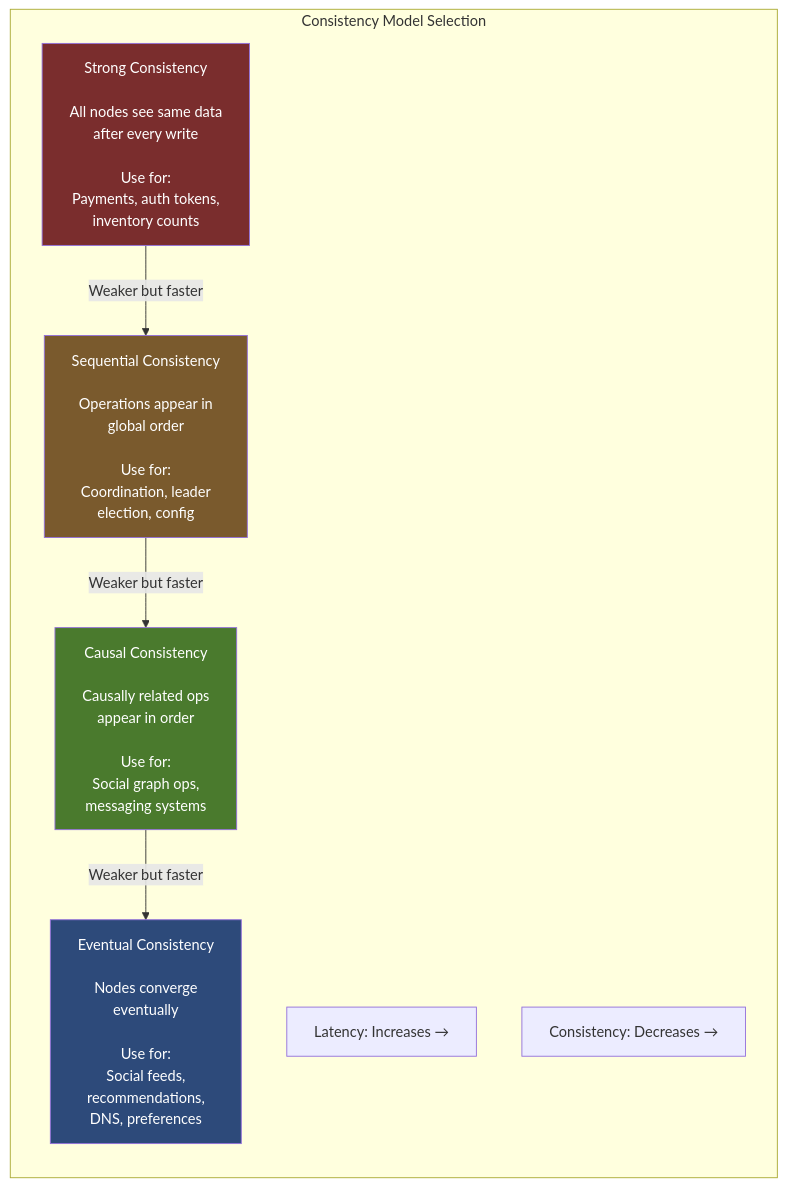
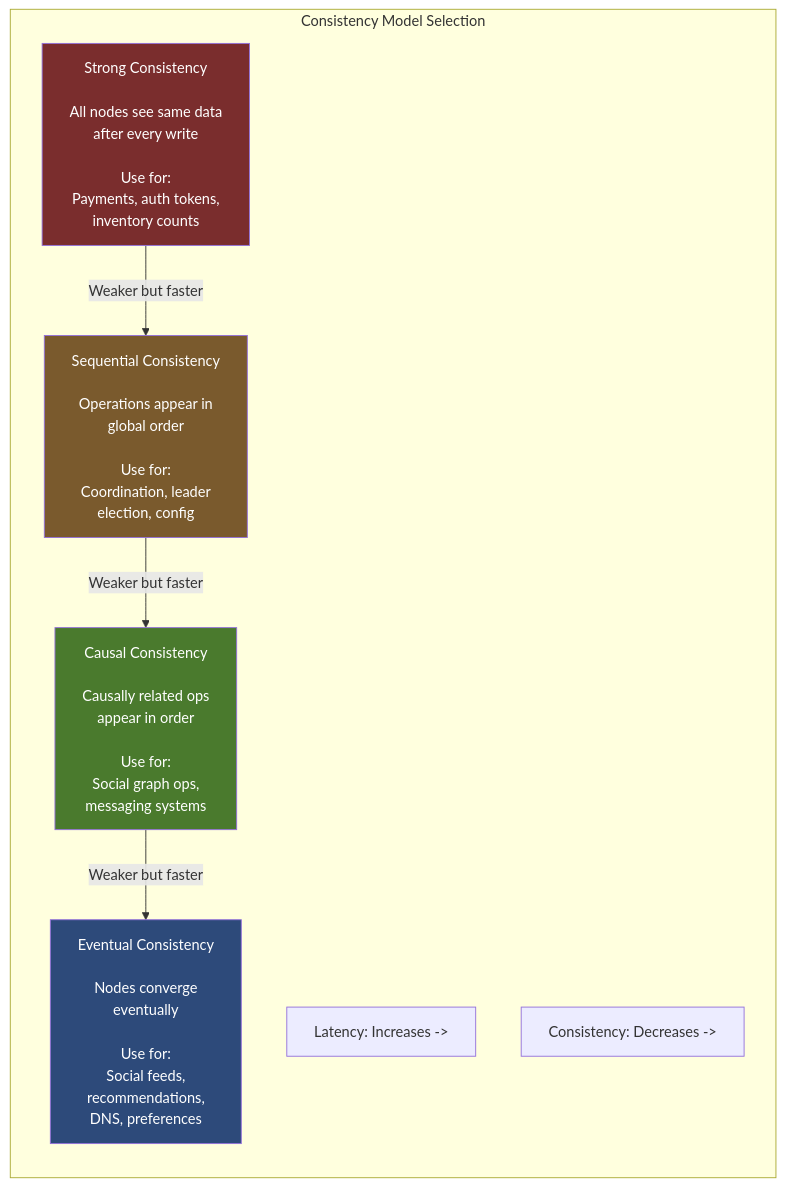
One commit to ranjeetnegi/System-Design-for-Staff-SWE changed diagram 13 of 14 in Section1/Chapter_11_Trade_offs_Constraints_and_Decision_Making.md. Above: the diagram before and after it, drawn with Mermaid. The commit also changed other lines of this file and 11 other files, not shown here.

````diff
--- a/Section1/Chapter_11_Trade_offs_Constraints_and_Decision_Making.md
+++ b/Section1/Chapter_11_Trade_offs_Constraints_and_Decision_Making.md
@@ -1287,21 +1287,21 @@
 ```mermaid
 flowchart LR
     subgraph "Consistency Model Selection"
         A["Strong Consistency\n\nAll nodes see same data\nafter every write\n\nUse for:\nPayments, auth tokens,\ninventory counts"] 
         B["Sequential Consistency\n\nOperations appear in\nglobal order\n\nUse for:\nCoordination, leader\nelection, config"]
         C["Causal Consistency\n\nCausally related ops\nappear in order\n\nUse for:\nSocial graph ops,\nmessaging systems"]
         D["Eventual Consistency\n\nNodes converge\neventually\n\nUse for:\nSocial feeds,\nrecommendations,\nDNS, preferences"]
         
         A -->|"Weaker but faster"| B
         B -->|"Weaker but faster"| C
         C -->|"Weaker but faster"| D
         
-        LATENCY["Latency: Increases →"]
-        CONSISTENCY["Consistency: Decreases →"]
+        LATENCY["Latency: Increases ->"]
+        CONSISTENCY["Consistency: Decreases ->"]
     end
     
     style A fill:#7a2d2d,color:#fff
     style B fill:#7a5a2d,color:#fff
     style C fill:#4a7a2d,color:#fff
     style D fill:#2d4a7a,color:#fff
 ```
````
